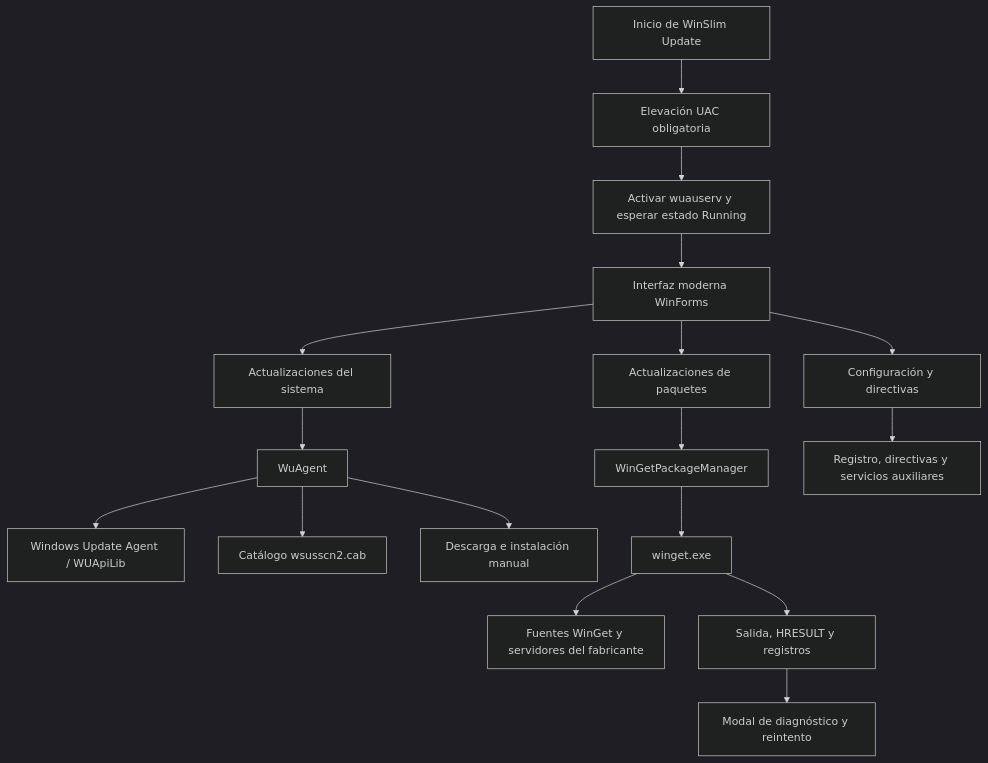
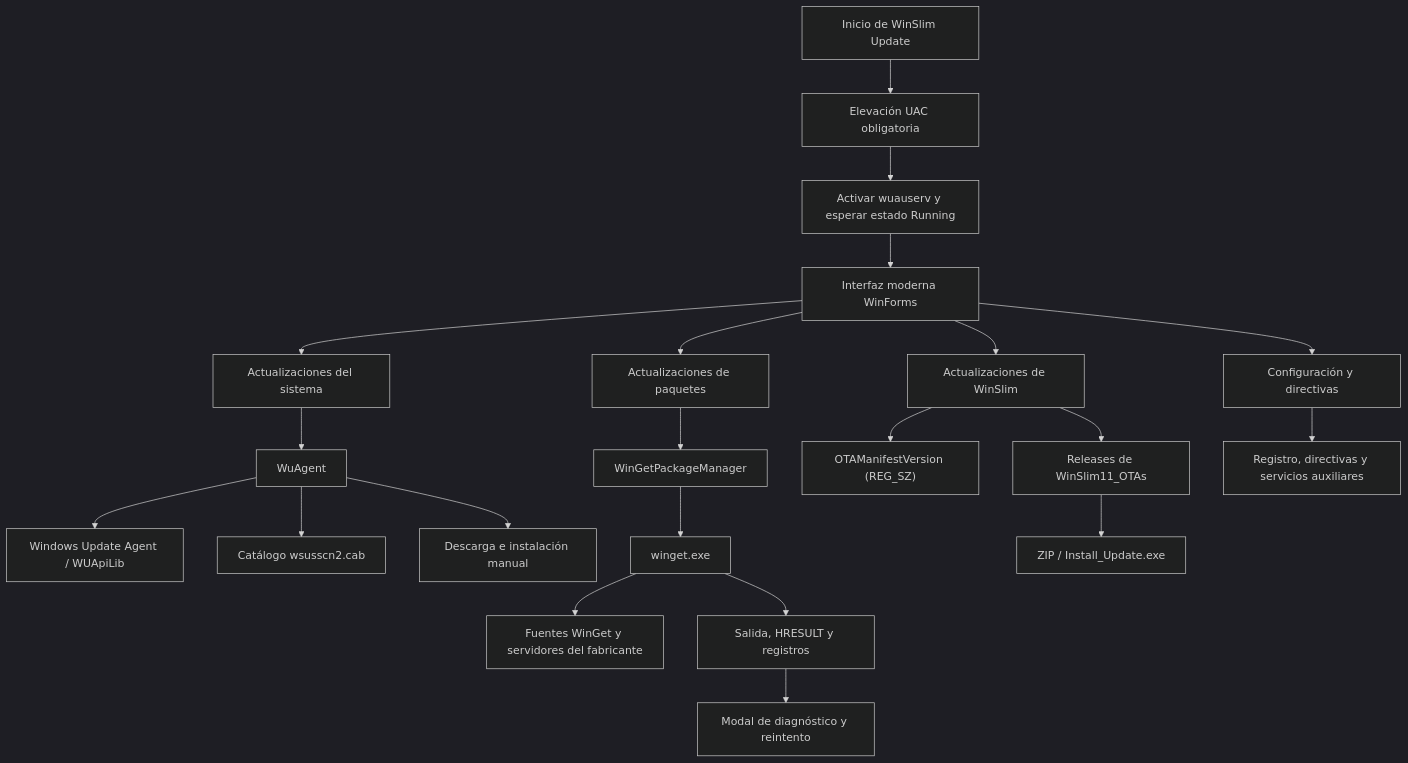
The diagram in README.md (Christianlg97/WinSlim-Update), drawn with Mermaid (dark theme) before and after one commit. The commit also changed other lines of this file and 27 other files, not shown here.

````diff
--- a/README.md
+++ b/README.md
@@ -134,23 +143,28 @@
 ```mermaid
 flowchart TB
     Start["Inicio de WinSlim Update"] --> UAC["Elevación UAC obligatoria"]
     UAC --> Service["Activar wuauserv y esperar estado Running"]
     Service --> UI["Interfaz moderna WinForms"]
 
     UI --> SystemPage["Actualizaciones del sistema"]
     UI --> PackagePage["Actualizaciones de paquetes"]
+    UI --> OtaPage["Actualizaciones de WinSlim"]
     UI --> Settings["Configuración y directivas"]
 
     SystemPage --> Agent["WuAgent"]
     Agent --> WUA["Windows Update Agent / WUApiLib"]
     Agent --> Offline["Catálogo wsusscn2.cab"]
     Agent --> Manual["Descarga e instalación manual"]
 
     PackagePage --> PackageManager["WinGetPackageManager"]
     PackageManager --> WinGet["winget.exe"]
     WinGet --> Sources["Fuentes WinGet y servidores del fabricante"]
     WinGet --> Diagnostics["Salida, HRESULT y registros"]
     Diagnostics --> ErrorModal["Modal de diagnóstico y reintento"]
 
+    OtaPage --> Registry["OTAManifestVersion (REG_SZ)"]
+    OtaPage --> GitHub["Releases de WinSlim11_OTAs"]
+    GitHub --> OtaInstaller["ZIP / Install_Update.exe"]
+
     Settings --> GPO["Registro, directivas y servicios auxiliares"]
 ```
````
